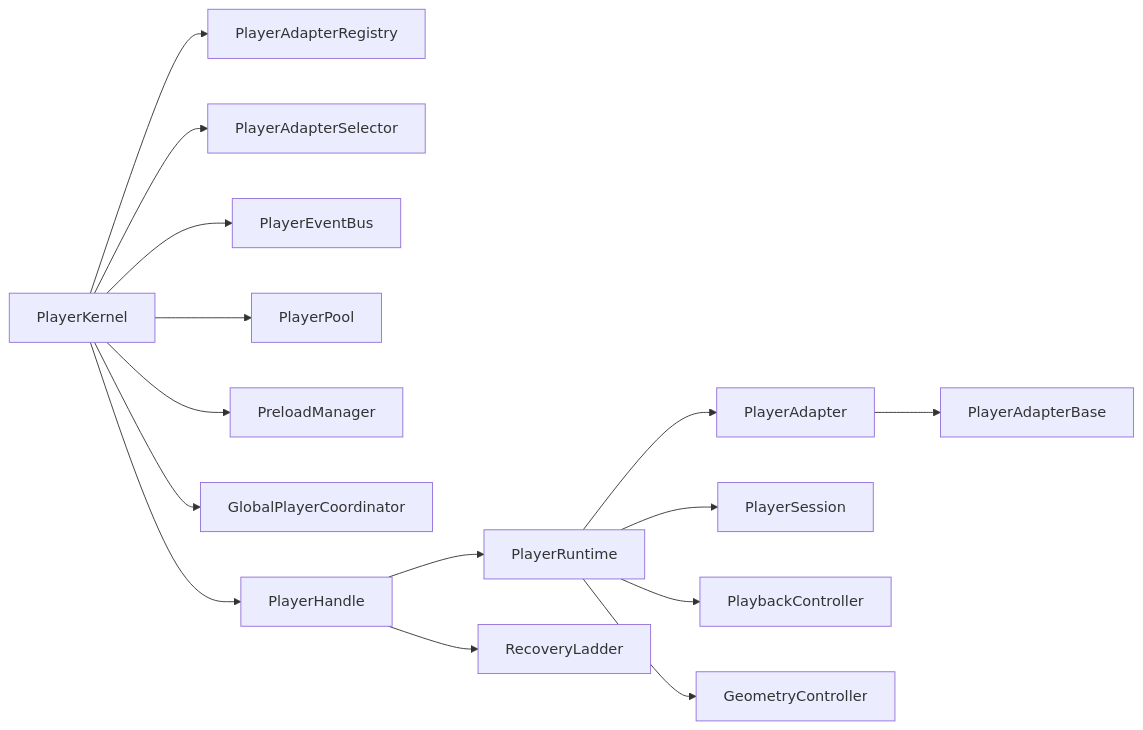
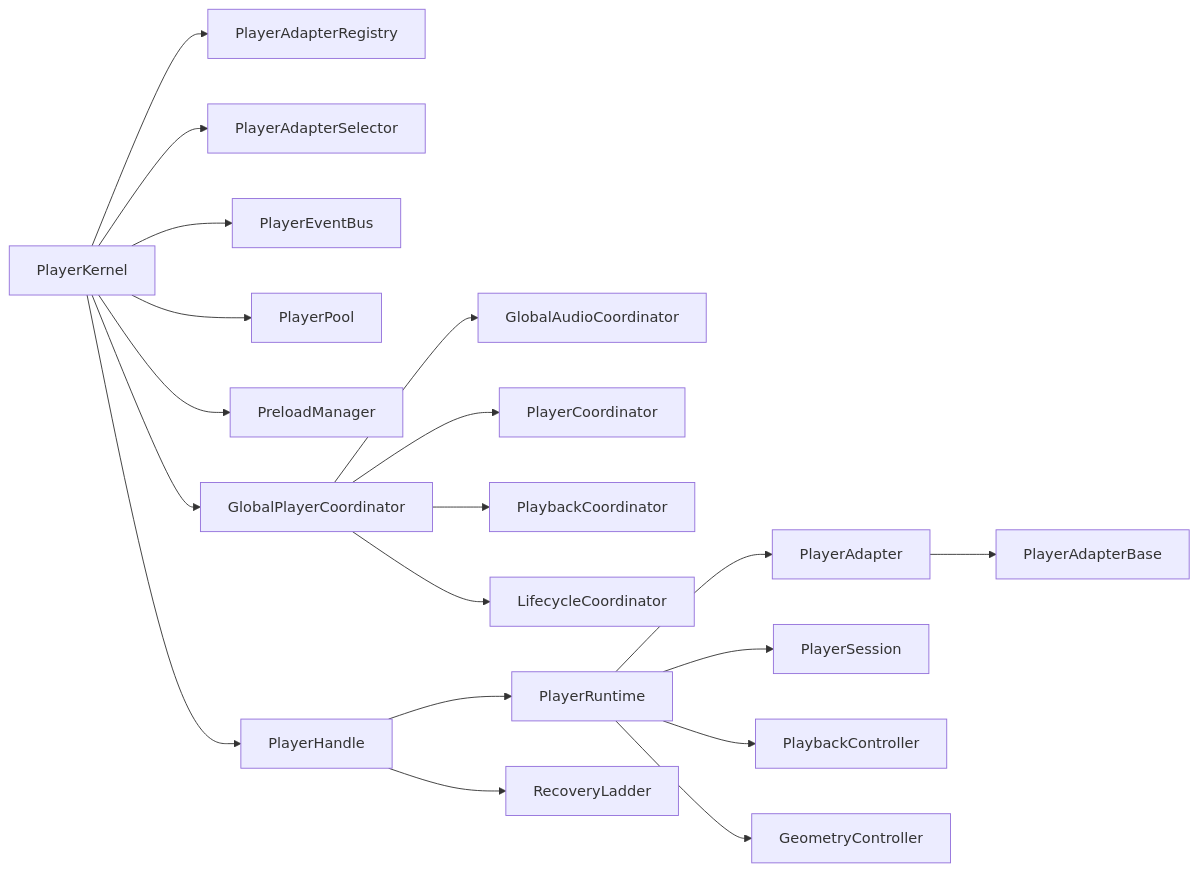
Diagram 13 of 13 in .qoder/repowiki/zh/content/架构总览/架构总览.md (SSSherlocked/media_core), drawn with Mermaid before and after one commit. The commit also changed other lines of this file and 6 other files, not shown here.

````diff
--- a/.qoder/repowiki/zh/content/架构总览/架构总览.md
+++ b/.qoder/repowiki/zh/content/架构总览/架构总览.md
@@ -550,17 +548,21 @@
 ```mermaid
 graph LR
 Kernel["PlayerKernel"] --> Registry["PlayerAdapterRegistry"]
 Kernel --> Selector["PlayerAdapterSelector"]
 Kernel --> EventBus["PlayerEventBus"]
 Kernel --> Pool["PlayerPool"]
 Kernel --> Preload["PreloadManager"]
 Kernel --> Coordinator["GlobalPlayerCoordinator"]
+Coordinator --> AudioCoord["GlobalAudioCoordinator"]
+Coordinator --> PlayerCoord["PlayerCoordinator"]
+Coordinator --> PlaybackCoord["PlaybackCoordinator"]
+Coordinator --> LifecycleCoord["LifecycleCoordinator"]
 Kernel --> Handle["PlayerHandle"]
 Handle --> Runtime["PlayerRuntime"]
 Handle --> Recovery["RecoveryLadder"]
 Runtime --> Adapter["PlayerAdapter"]
 Runtime --> Session["PlayerSession"]
 Runtime --> Playback["PlaybackController"]
 Runtime --> Geometry["GeometryController"]
 Adapter --> Base["PlayerAdapterBase"]
 ```
````
